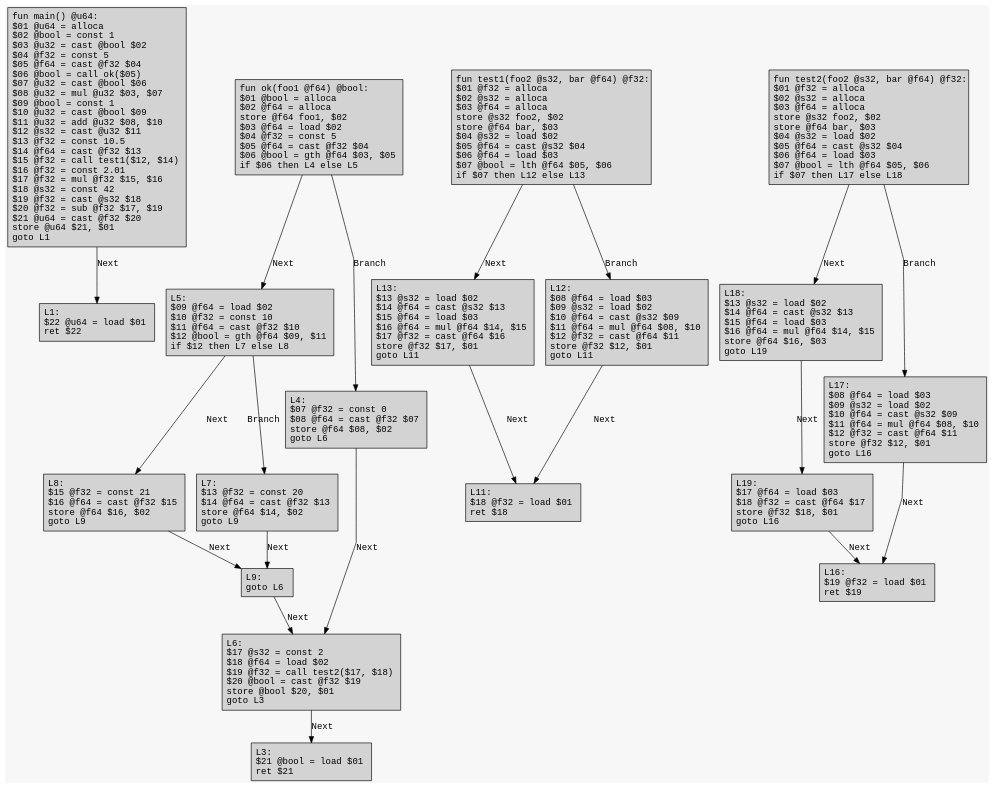
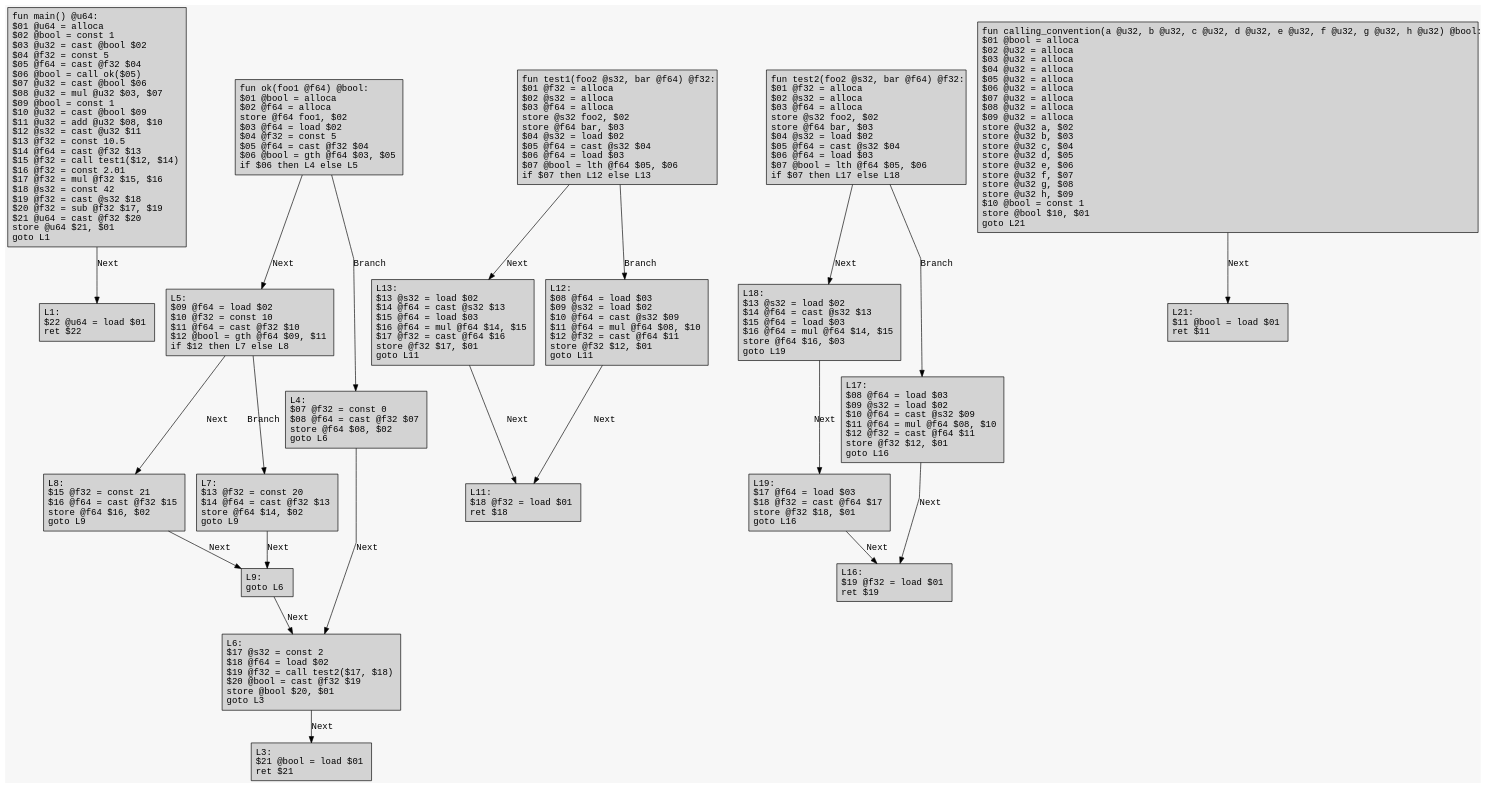
The diagram in example/test_org.dot (Excse/arkoi_language), drawn with Graphviz before and after one commit. The commit also changed 13 other files, not shown here.

Commit message:
Starting to implement the calling convention correctly

```diff
--- a/example/test_org.dot
+++ b/example/test_org.dot
@@ -1,46 +1,49 @@
 digraph CFG {
 	graph [fontname = "Monospace"];
 	node  [fontname = "Monospace", shape=box, style=filled, margin=0.1];
 	edge  [fontname = "Monospace"];
 	bgcolor = "#f7f7f7";
 	splines = false;
 
 	L0 [label="fun main() @u64:\l $01 @u64 = alloca\l $02 @bool = const 1\l $03 @u32 = cast @bool $02\l $04 @f32 = const 5\l $05 @f64 = cast @f32 $04\l $06 @bool = call ok($05)\l $07 @u32 = cast @bool $06\l $08 @u32 = mul @u32 $03, $07\l $09 @bool = const 1\l $10 @u32 = cast @bool $09\l $11 @u32 = add @u32 $08, $10\l $12 @s32 = cast @u32 $11\l $13 @f32 = const 10.5\l $14 @f64 = cast @f32 $13\l $15 @f32 = call test1($12, $14)\l $16 @f32 = const 2.01\l $17 @f32 = mul @f32 $15, $16\l $18 @s32 = const 42\l $19 @f32 = cast @s32 $18\l $20 @f32 = sub @f32 $17, $19\l $21 @u64 = cast @f32 $20\l store @u64 $21, $01\l goto L1\l"];
 	L0 -> L1 [label="Next"];
 	L1 [label="L1:\l $22 @u64 = load $01\l ret $22\l"];
 	L2 [label="fun ok(foo1 @f64) @bool:\l $01 @bool = alloca\l $02 @f64 = alloca\l store @f64 foo1, $02\l $03 @f64 = load $02\l $04 @f32 = const 5\l $05 @f64 = cast @f32 $04\l $06 @bool = gth @f64 $03, $05\l if $06 then L4 else L5\l"];
 	L2 -> L5 [label="Next"];
 	L2 -> L4 [label="Branch"];
 	L5 [label="L5:\l $09 @f64 = load $02\l $10 @f32 = const 10\l $11 @f64 = cast @f32 $10\l $12 @bool = gth @f64 $09, $11\l if $12 then L7 else L8\l"];
 	L5 -> L8 [label="Next"];
 	L5 -> L7 [label="Branch"];
 	L8 [label="L8:\l $15 @f32 = const 21\l $16 @f64 = cast @f32 $15\l store @f64 $16, $02\l goto L9\l"];
 	L8 -> L9 [label="Next"];
 	L9 [label="L9:\l goto L6\l"];
 	L9 -> L6 [label="Next"];
 	L6 [label="L6:\l $17 @s32 = const 2\l $18 @f64 = load $02\l $19 @f32 = call test2($17, $18)\l $20 @bool = cast @f32 $19\l store @bool $20, $01\l goto L3\l"];
 	L6 -> L3 [label="Next"];
 	L7 [label="L7:\l $13 @f32 = const 20\l $14 @f64 = cast @f32 $13\l store @f64 $14, $02\l goto L9\l"];
 	L7 -> L9 [label="Next"];
 	L4 [label="L4:\l $07 @f32 = const 0\l $08 @f64 = cast @f32 $07\l store @f64 $08, $02\l goto L6\l"];
 	L4 -> L6 [label="Next"];
 	L3 [label="L3:\l $21 @bool = load $01\l ret $21\l"];
 	L10 [label="fun test1(foo2 @s32, bar @f64) @f32:\l $01 @f32 = alloca\l $02 @s32 = alloca\l $03 @f64 = alloca\l store @s32 foo2, $02\l store @f64 bar, $03\l $04 @s32 = load $02\l $05 @f64 = cast @s32 $04\l $06 @f64 = load $03\l $07 @bool = lth @f64 $05, $06\l if $07 then L12 else L13\l"];
 	L10 -> L13 [label="Next"];
 	L10 -> L12 [label="Branch"];
 	L13 [label="L13:\l $13 @s32 = load $02\l $14 @f64 = cast @s32 $13\l $15 @f64 = load $03\l $16 @f64 = mul @f64 $14, $15\l $17 @f32 = cast @f64 $16\l store @f32 $17, $01\l goto L11\l"];
 	L13 -> L11 [label="Next"];
 	L12 [label="L12:\l $08 @f64 = load $03\l $09 @s32 = load $02\l $10 @f64 = cast @s32 $09\l $11 @f64 = mul @f64 $08, $10\l $12 @f32 = cast @f64 $11\l store @f32 $12, $01\l goto L11\l"];
 	L12 -> L11 [label="Next"];
 	L11 [label="L11:\l $18 @f32 = load $01\l ret $18\l"];
 	L15 [label="fun test2(foo2 @s32, bar @f64) @f32:\l $01 @f32 = alloca\l $02 @s32 = alloca\l $03 @f64 = alloca\l store @s32 foo2, $02\l store @f64 bar, $03\l $04 @s32 = load $02\l $05 @f64 = cast @s32 $04\l $06 @f64 = load $03\l $07 @bool = lth @f64 $05, $06\l if $07 then L17 else L18\l"];
 	L15 -> L18 [label="Next"];
 	L15 -> L17 [label="Branch"];
 	L18 [label="L18:\l $13 @s32 = load $02\l $14 @f64 = cast @s32 $13\l $15 @f64 = load $03\l $16 @f64 = mul @f64 $14, $15\l store @f64 $16, $03\l goto L19\l"];
 	L18 -> L19 [label="Next"];
 	L19 [label="L19:\l $17 @f64 = load $03\l $18 @f32 = cast @f64 $17\l store @f32 $18, $01\l goto L16\l"];
 	L19 -> L16 [label="Next"];
 	L17 [label="L17:\l $08 @f64 = load $03\l $09 @s32 = load $02\l $10 @f64 = cast @s32 $09\l $11 @f64 = mul @f64 $08, $10\l $12 @f32 = cast @f64 $11\l store @f32 $12, $01\l goto L16\l"];
 	L17 -> L16 [label="Next"];
 	L16 [label="L16:\l $19 @f32 = load $01\l ret $19\l"];
+	L20 [label="fun calling_convention(a @u32, b @u32, c @u32, d @u32, e @u32, f @u32, g @u32, h @u32) @bool:\l $01 @bool = alloca\l $02 @u32 = alloca\l $03 @u32 = alloca\l $04 @u32 = alloca\l $05 @u32 = alloca\l $06 @u32 = alloca\l $07 @u32 = alloca\l $08 @u32 = alloca\l $09 @u32 = alloca\l store @u32 a, $02\l store @u32 b, $03\l store @u32 c, $04\l store @u32 d, $05\l store @u32 e, $06\l store @u32 f, $07\l store @u32 g, $08\l store @u32 h, $09\l $10 @bool = const 1\l store @bool $10, $01\l goto L21\l"];
+	L20 -> L21 [label="Next"];
+	L21 [label="L21:\l $11 @bool = load $01\l ret $11\l"];
 }
```
